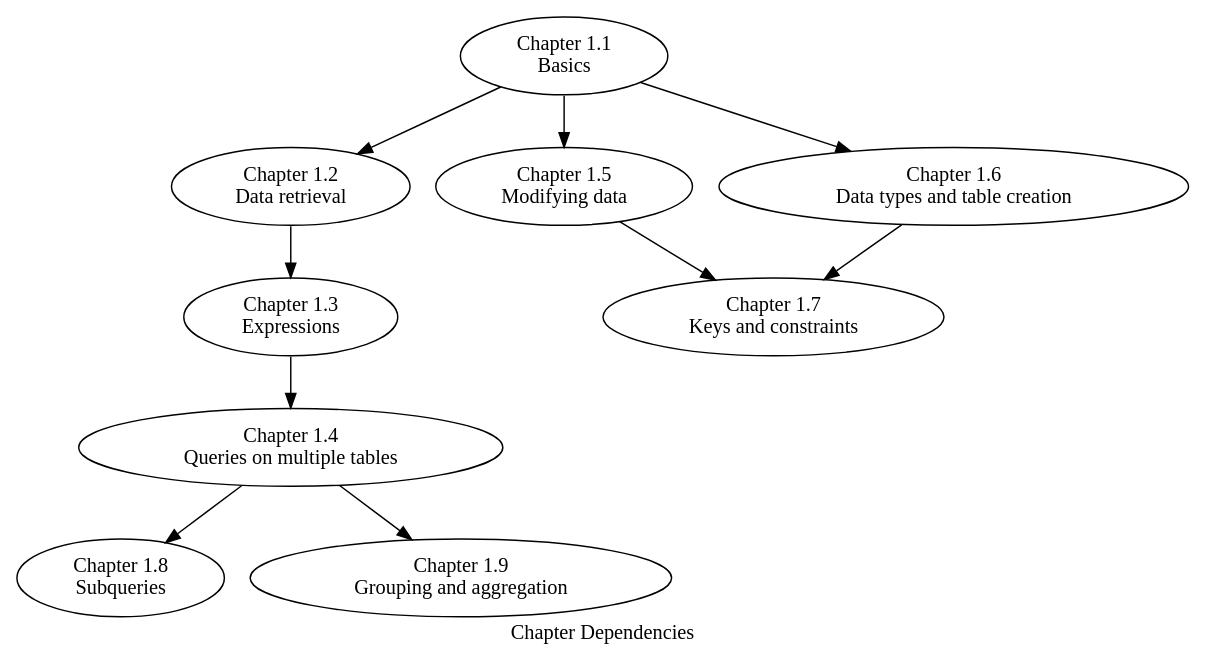
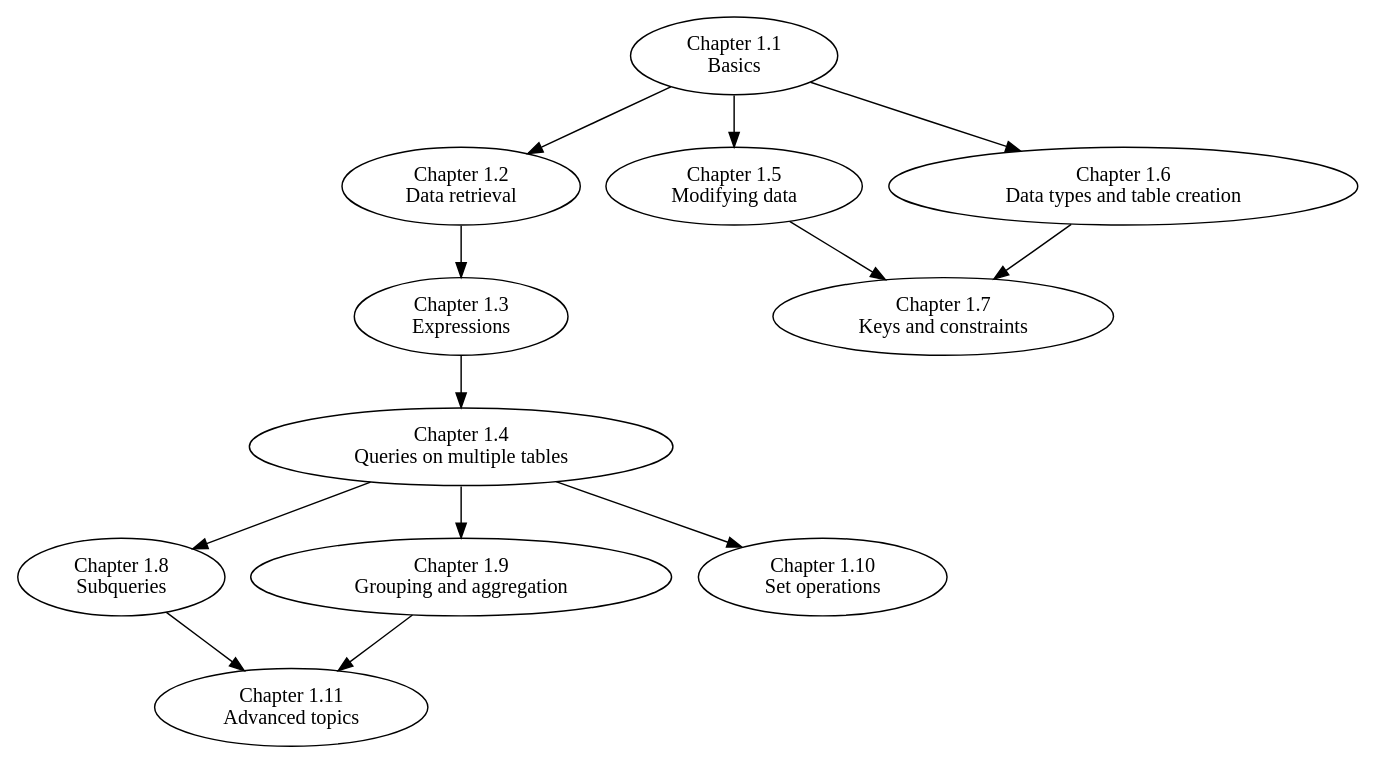
Before and after one commit to cpainterwakefield/practical_db_textbook: the diagram in _sources/PART1_SQL/chapter_dependencies.dot, drawn with Graphviz. The commit also changed 12 other files, not shown here.

```diff
--- a/_sources/PART1_SQL/chapter_dependencies.dot
+++ b/_sources/PART1_SQL/chapter_dependencies.dot
@@ -1,23 +1,26 @@
 digraph {
-  label="Chapter Dependencies"
-
   c1 [ label="Chapter 1.1\nBasics" ]
   c2 [ label="Chapter 1.2\nData retrieval"]
   c3 [ label="Chapter 1.3\nExpressions"]
   c4 [ label="Chapter 1.4\nQueries on multiple tables" ]
   c5 [ label="Chapter 1.5\nModifying data" ]
   c6 [ label="Chapter 1.6\nData types and table creation"]
   c7 [ label="Chapter 1.7\nKeys and constraints" ]
   c8 [ label="Chapter 1.8\nSubqueries" ]
   c9 [ label="Chapter 1.9\nGrouping and aggregation"]
+  c10 [ label="Chapter 1.10\nSet operations"]
+  c11 [ label="Chapter 1.11\nAdvanced topics"]
 
   c1 -> c2
   c2 -> c3
   c3 -> c4
   c1 -> c5
   c1 -> c6
   c6 -> c7
   c5 -> c7
   c4 -> c8
   c4 -> c9
+  c4 -> c10
+  c8 -> c11
+  c9 -> c11
 }
```
